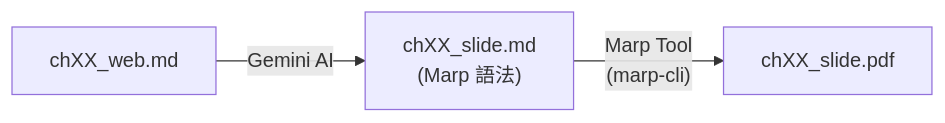
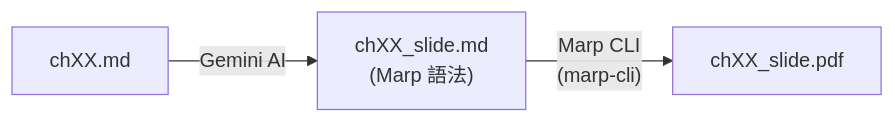
One commit to nlhsueh/teach_web changed the diagram in slide/readme.md. Above: the diagram before and after it, drawn with Mermaid. The commit also changed other lines of this file, not shown here.

Commit message:
Refine slide/readme.md descriptions and diagram

````diff
--- a/slide/readme.md
+++ b/slide/readme.md
@@ -3,5 +3,5 @@
 ```mermaid
 graph LR
-    Source["chXX_web.md"] -- "Gemini AI" --> Marp["chXX_slide.md<br/>(Marp 語法)"]
-    Marp -- "Marp Tool<br/>(marp-cli)" --> PDF["chXX_slide.pdf"]
+    Source["chXX.md"] -- "Gemini AI" --> Marp["chXX_slide.md<br/>(Marp 語法)"]
+    Marp -- "Marp CLI<br/>(marp-cli)" --> PDF["chXX_slide.pdf"]
 ```
````
